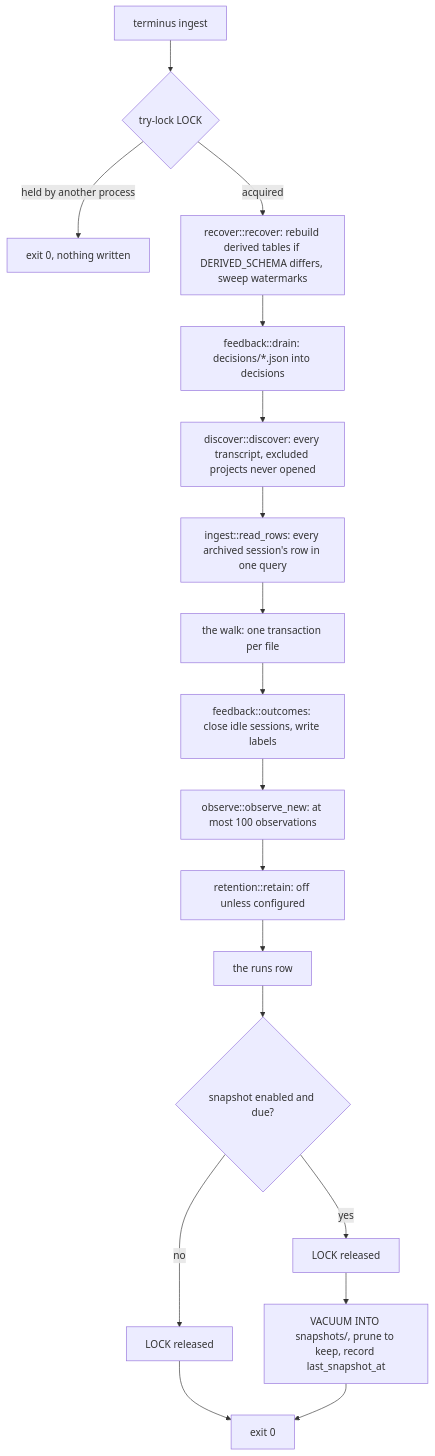
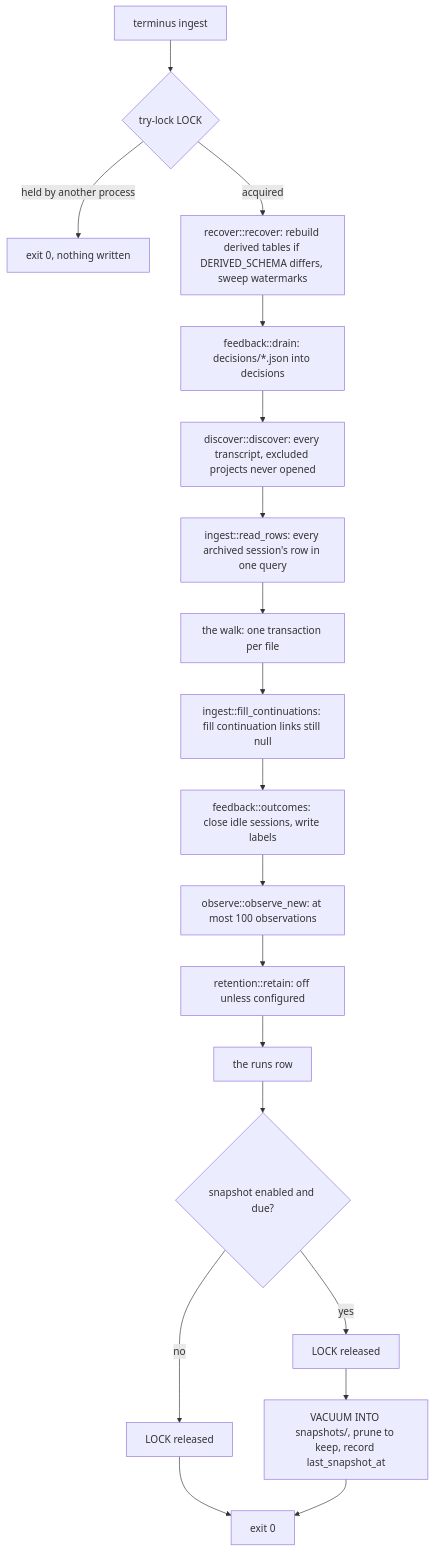
Before and after one commit to jcrenshaw-dev/terminus: the first of 3 diagrams in docs/design/0003-ingest.md, drawn with Mermaid. The commit also changed other lines of this file and 13 other files, not shown here.

````diff
--- a/docs/design/0003-ingest.md
+++ b/docs/design/0003-ingest.md
@@ -147,20 +148,21 @@
 ```mermaid
 flowchart TD
   S["terminus ingest"] --> L{"try-lock LOCK"}
   L -->|"held by another process"| X["exit 0, nothing written"]
   L -->|"acquired"| R["recover::recover: rebuild derived tables if DERIVED_SCHEMA differs, sweep watermarks"]
   R --> D["feedback::drain: decisions/*.json into decisions"]
   D --> F["discover::discover: every transcript, excluded projects never opened"]
   F --> RR["ingest::read_rows: every archived session's row in one query"]
   RR --> W["the walk: one transaction per file"]
-  W --> O["feedback::outcomes: close idle sessions, write labels"]
+  W --> C["ingest::fill_continuations: fill continuation links still null"]
+  C --> O["feedback::outcomes: close idle sessions, write labels"]
   O --> B["observe::observe_new: at most 100 observations"]
   B --> T["retention::retain: off unless configured"]
   T --> N["the runs row"]
   N --> P{"snapshot enabled and due?"}
   P -->|"yes"| U["LOCK released"]
   U --> V["VACUUM INTO snapshots/, prune to keep, record last_snapshot_at"]
   P -->|"no"| Q["LOCK released"]
   Q --> E["exit 0"]
   V --> E
 ```
````
